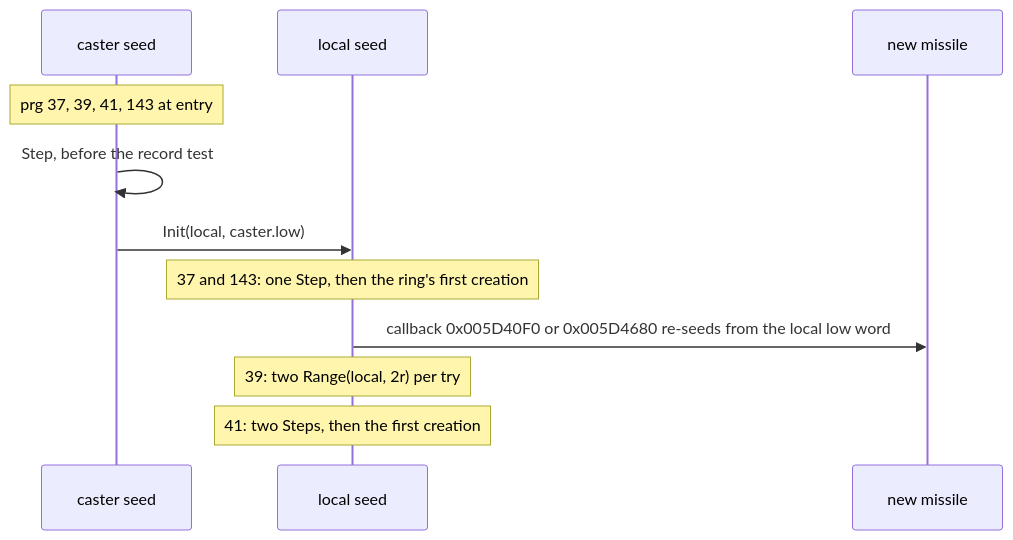
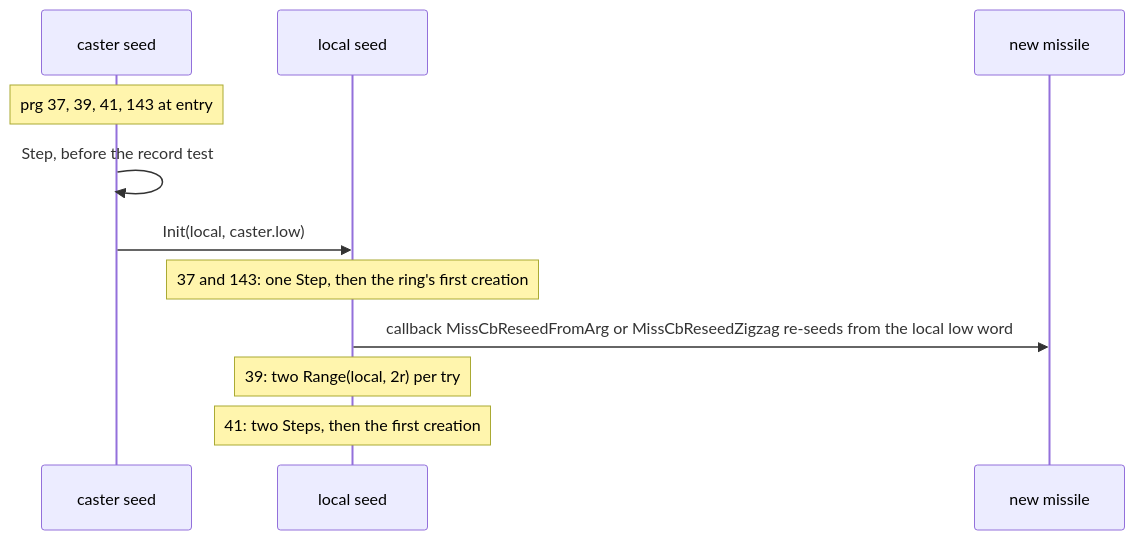
The fourth of 6 diagrams in docs/specs/skills/catalogue.md (IgorKonovalov/diablo-2-recompilation), drawn with Mermaid before and after one commit. The commit also changed other lines of this file and 32 other files, not shown here.

````diff
--- a/docs/specs/skills/catalogue.md
+++ b/docs/specs/skills/catalogue.md
@@ -914,13 +915,13 @@
 ```mermaid
 sequenceDiagram
   participant C as caster seed
   participant L as local seed
   participant M as new missile
   Note over C: prg 37, 39, 41, 143 at entry
   C->>C: Step, before the record test
   C->>L: Init(local, caster.low)
   Note over L: 37 and 143: one Step, then the ring's first creation
-  L->>M: callback 0x005D40F0 or 0x005D4680 re-seeds from the local low word
+  L->>M: callback MissCbReseedFromArg or MissCbReseedZigzag re-seeds from the local low word
   Note over L: 39: two Range(local, 2r) per try
   Note over L: 41: two Steps, then the first creation
 ```
````
